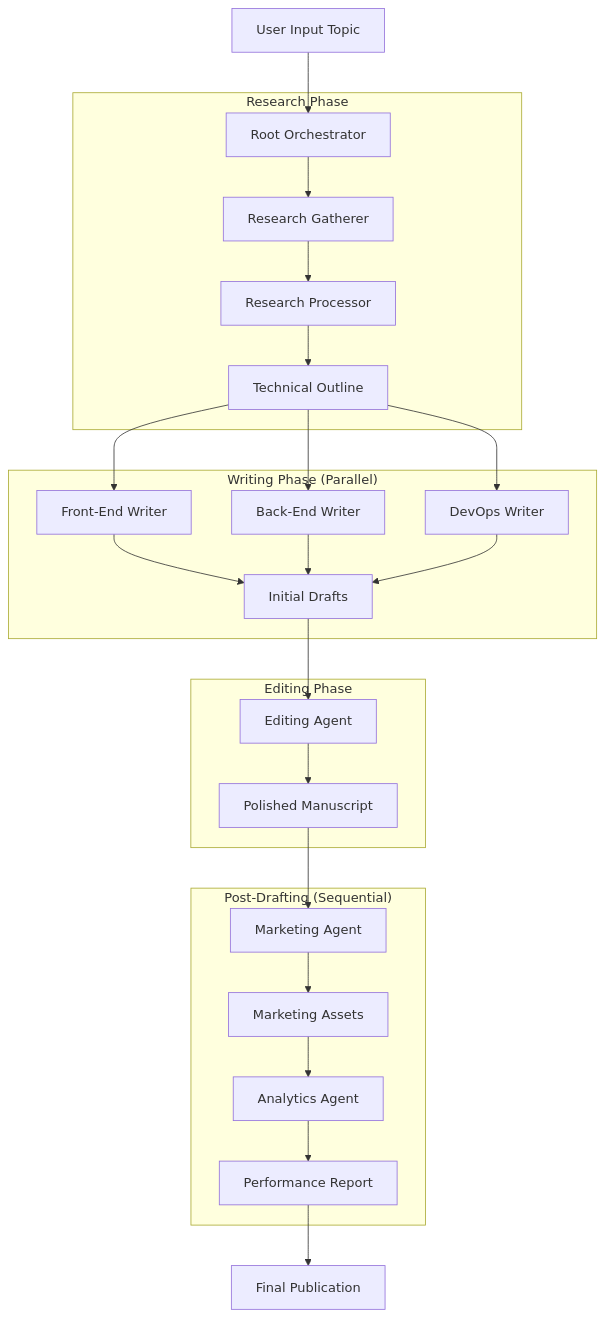
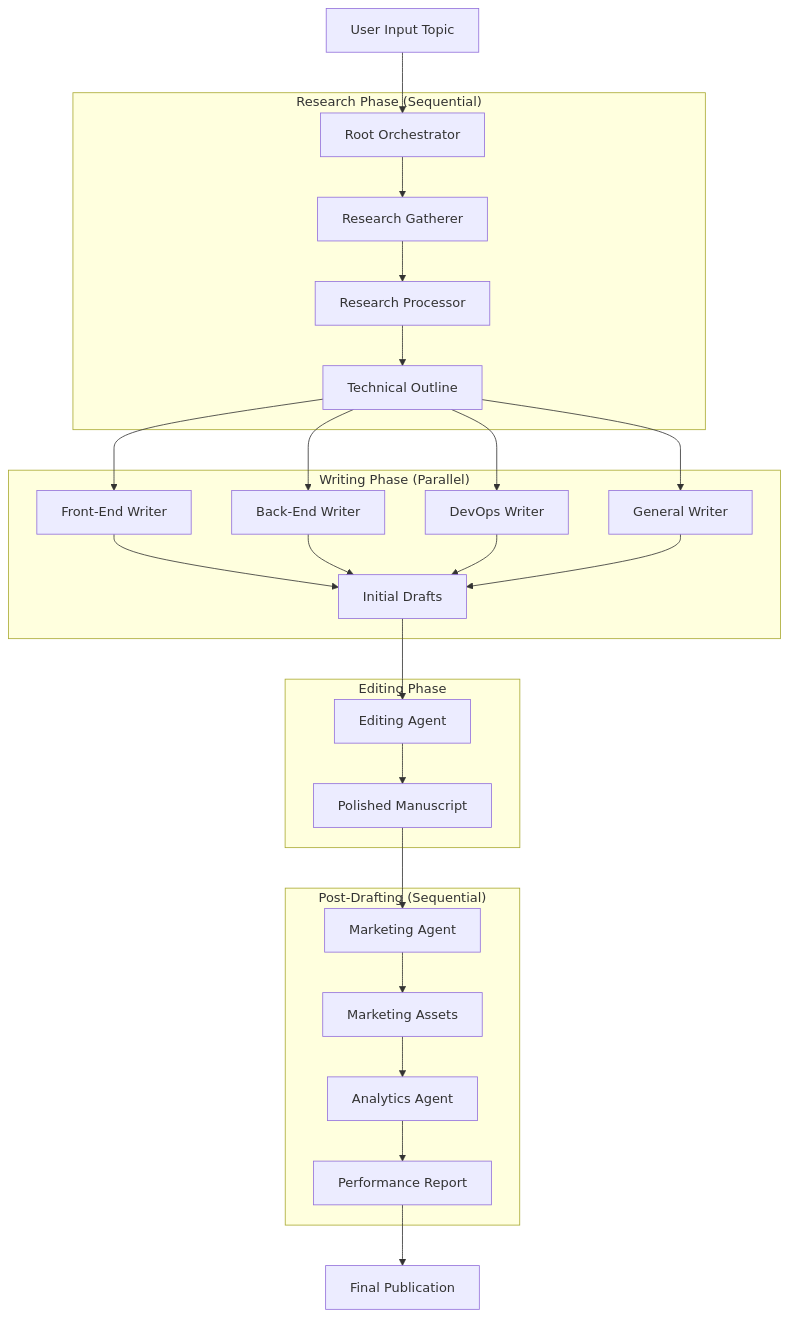
Before and after one commit to anoochit/publishing_studio: the diagram in README.md, drawn with Mermaid. The commit also changed other lines of this file and 13 other files, not shown here.

````diff
--- a/README.md
+++ b/README.md
@@ -9,33 +9,35 @@
 ```mermaid
 flowchart TD
     A[User Input Topic] --> B[Root Orchestrator]
     
-    subgraph "Research Phase"
+    subgraph "Research Phase (Sequential)"
     B --> C[Research Gatherer]
     C --> D[Research Processor]
     D --> E[Technical Outline]
     end
     
     subgraph "Writing Phase (Parallel)"
     E --> F1[Front-End Writer]
     E --> F2[Back-End Writer]
     E --> F3[DevOps Writer]
+    E --> F4[General Writer]
     F1 --> G[Initial Drafts]
     F2 --> G
     F3 --> G
+    F4 --> G
     end
     
     subgraph "Editing Phase"
     G --> H[Editing Agent]
     H --> I[Polished Manuscript]
     end
     
     subgraph "Post-Drafting (Sequential)"
     I --> J[Marketing Agent]
     J --> K[Marketing Assets]
     K --> L[Analytics Agent]
     L --> M[Performance Report]
     end
     
     M --> N[Final Publication]
 ```
````
